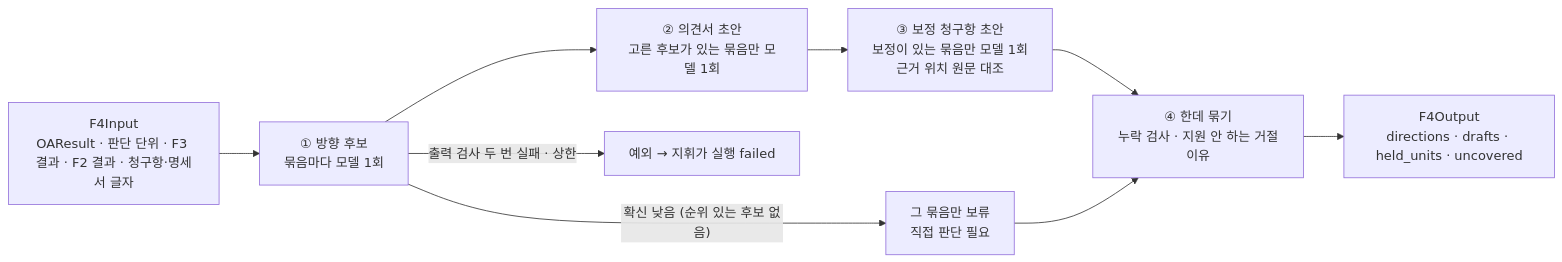
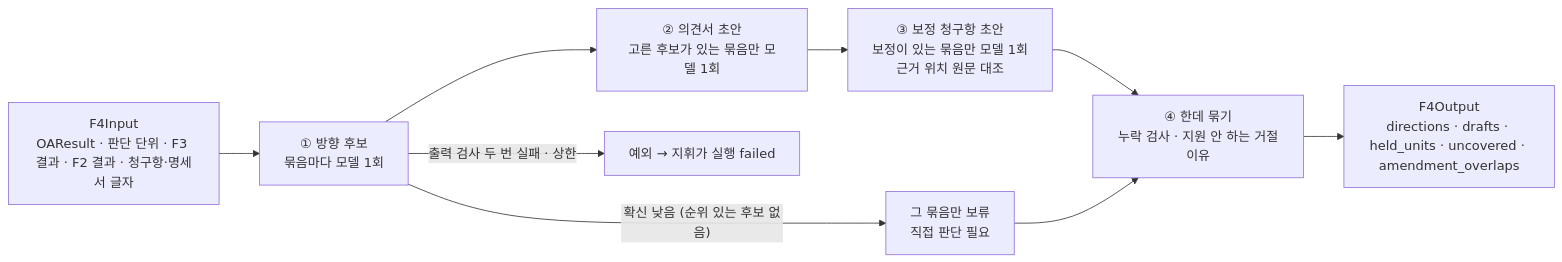
Before and after one commit to merge-mates/patent-ai-workspace: the diagram in docs/features/F4/design.md, drawn with Mermaid. The commit also changed other lines of this file and 3 other files, not shown here.

````diff
--- a/docs/features/F4/design.md
+++ b/docs/features/F4/design.md
@@ -27,11 +27,11 @@
 ```mermaid
 flowchart LR
     IN["F4Input<br/>OAResult · 판단 단위 · F3 결과 · F2 결과 · 청구항·명세서 글자"] --> D["① 방향 후보<br/>묶음마다 모델 1회"]
     D --> O["② 의견서 초안<br/>고른 후보가 있는 묶음만 모델 1회"]
     O --> A["③ 보정 청구항 초안<br/>보정이 있는 묶음만 모델 1회<br/>근거 위치 원문 대조"]
     A --> C["④ 한데 묶기<br/>누락 검사 · 지원 안 하는 거절이유"]
-    C --> OUT["F4Output<br/>directions · drafts · held_units · uncovered"]
+    C --> OUT["F4Output<br/>directions · drafts · held_units · uncovered · amendment_overlaps"]
     D -- "확신 낮음 (순위 있는 후보 없음)" --> H["그 묶음만 보류<br/>직접 판단 필요"]
     H --> C
     D -- "출력 검사 두 번 실패 · 상한" --> F["예외 → 지휘가 실행 failed"]
 ```
````
